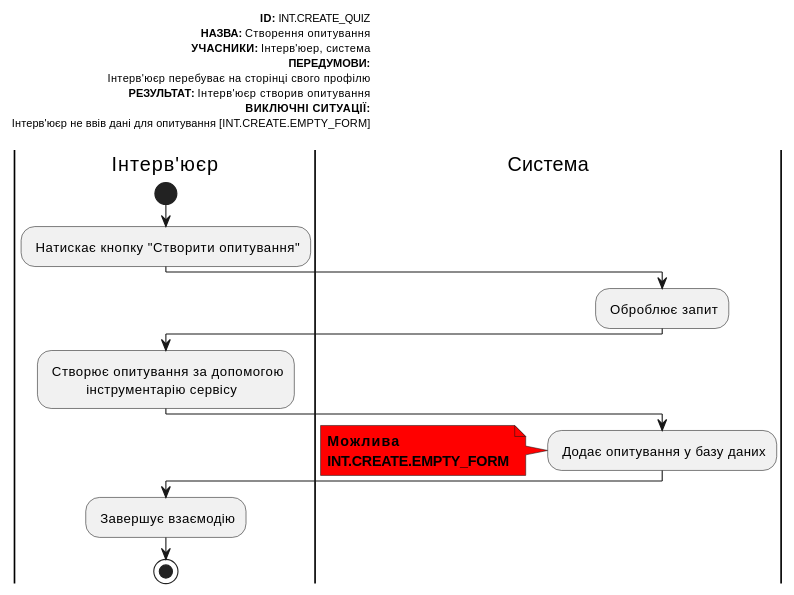
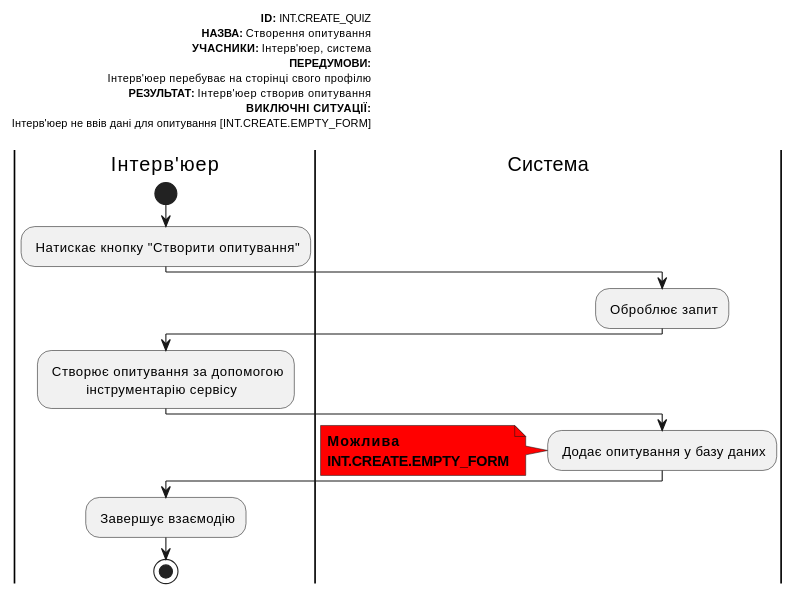
One commit to michigang1/ImForms changed the seventh of 22 diagrams in docs/use cases/README.md. Above: the diagram before and after it, drawn with PlantUML. The commit also changed other lines of this file, not shown here.

```diff
--- a/docs/use cases/README.md
+++ b/docs/use cases/README.md
@@ -187,36 +187,36 @@
 @startuml
 left header
 <font color=000 size=10><b>ID:</b> INT.CREATE_QUIZ
 <font color=000 size=10><b>НАЗВА:</b> Створення опитування
 <font color=000 size=10><b>УЧАСНИКИ:</b> Інтерв'юер, система
 <font color=000 size=10><b>ПЕРЕДУМОВИ:</b>
-<font color=000 size=10> Інтерв'юєр перебуває на сторінці свого профілю  
-<font color=000 size=10><b>РЕЗУЛЬТАТ:</b> Інтерв'юєр створив опитування
+<font color=000 size=10> Інтерв'юер перебуває на сторінці свого профілю  
+<font color=000 size=10><b>РЕЗУЛЬТАТ:</b> Інтерв'юер створив опитування
 <font color=000 size=10><b>ВИКЛЮЧНІ СИТУАЦІЇ:</b>
-<font color=000 size=10> Інтерв'юєр не ввів дані для опитування [INT.CREATE.EMPTY_FORM]
+<font color=000 size=10> Інтерв'юер не ввів дані для опитування [INT.CREATE.EMPTY_FORM]
 
 end header
 
-|Інтерв'юєр|
+|Інтерв'юер|
        start
        : Натискає кнопку "Створити опитування";
        
 
 |Система|
        : Оброблює запит;
 
-|Інтерв'юєр|
+|Інтерв'юер|
        : Створює опитування за допомогою
                   інструментарію сервісу;
 
 |Система|
        : Додає опитування у базу даних;
        note left #ff0000
        <b>Можлива</b>
        <b>INT.CREATE.EMPTY_FORM</b>
        end note
 
-|Інтерв'юєр|
+|Інтерв'юер|
        : Завершує взаємодію;
        stop;
 @enduml
```
